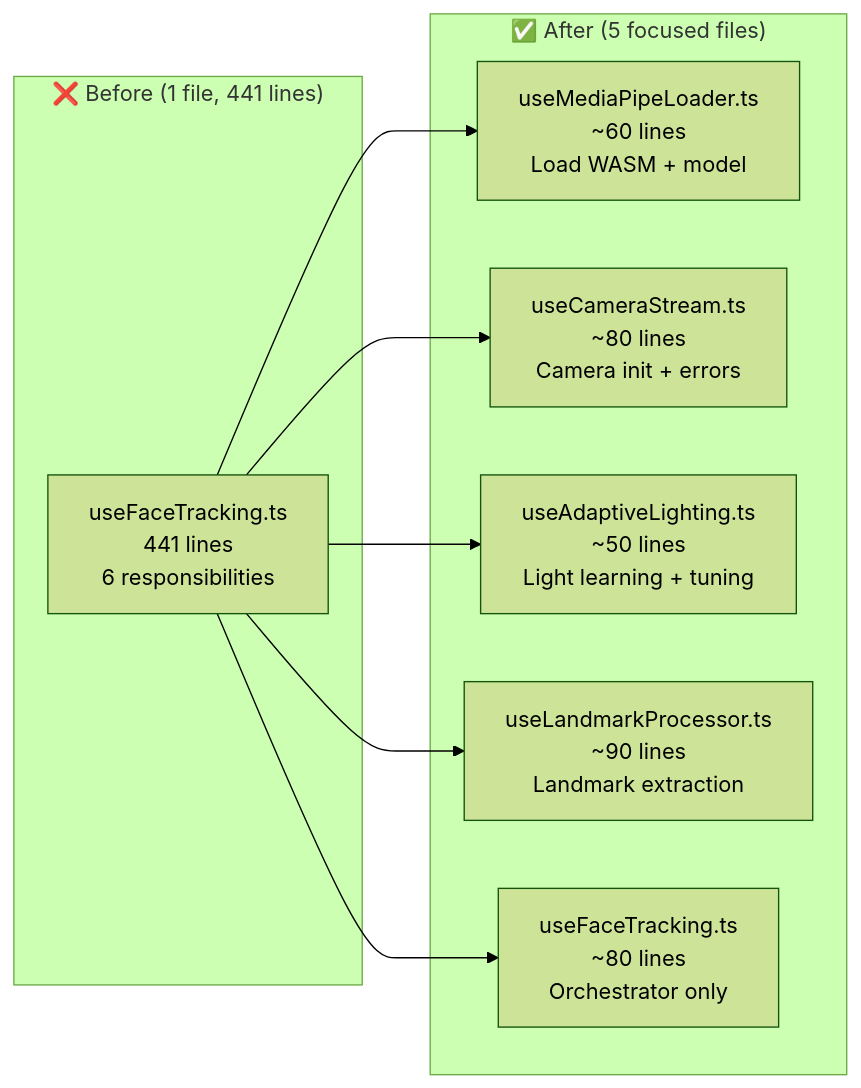
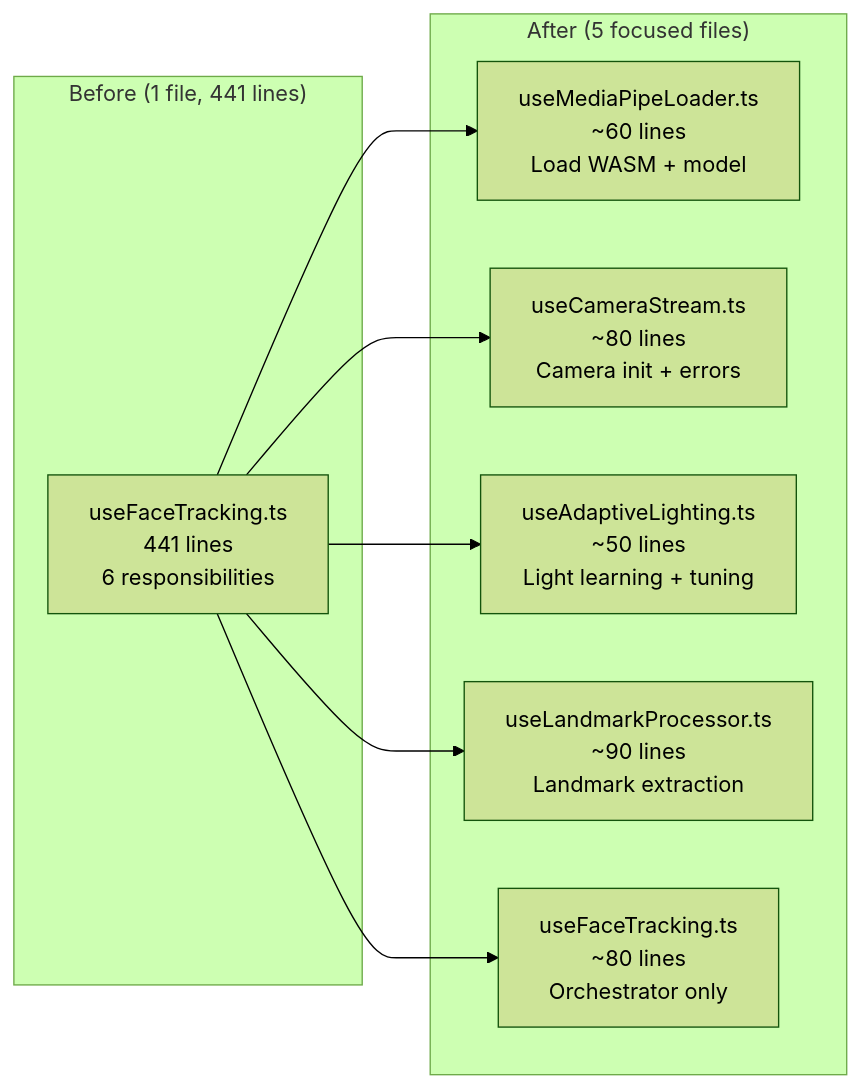
Before and after one commit to aadibhat09/NodCursor: the sixth of 16 diagrams in docs/KANBAN_BOARD.md, drawn with Mermaid (forest theme). The commit also changed other lines of this file and 17 other files, not shown here.

````diff
--- a/docs/KANBAN_BOARD.md
+++ b/docs/KANBAN_BOARD.md
@@ -206,20 +206,20 @@
 ```mermaid
 flowchart LR
-  subgraph Before["❌ Before (1 file, 441 lines)"]
+  subgraph Before[" Before (1 file, 441 lines)"]
     OG["useFaceTracking.ts\n441 lines\n6 responsibilities"]
   end
 
-  subgraph After["✅ After (5 focused files)"]
+  subgraph After[" After (5 focused files)"]
     A["useMediaPipeLoader.ts\n~60 lines\nLoad WASM + model"]
     B["useCameraStream.ts\n~80 lines\nCamera init + errors"]
     C["useAdaptiveLighting.ts\n~50 lines\nLight learning + tuning"]
     D["useLandmarkProcessor.ts\n~90 lines\nLandmark extraction"]
     E["useFaceTracking.ts\n~80 lines\nOrchestrator only"]
   end
 
   OG --> A
   OG --> B
   OG --> C
   OG --> D
   OG --> E
 ```
````
